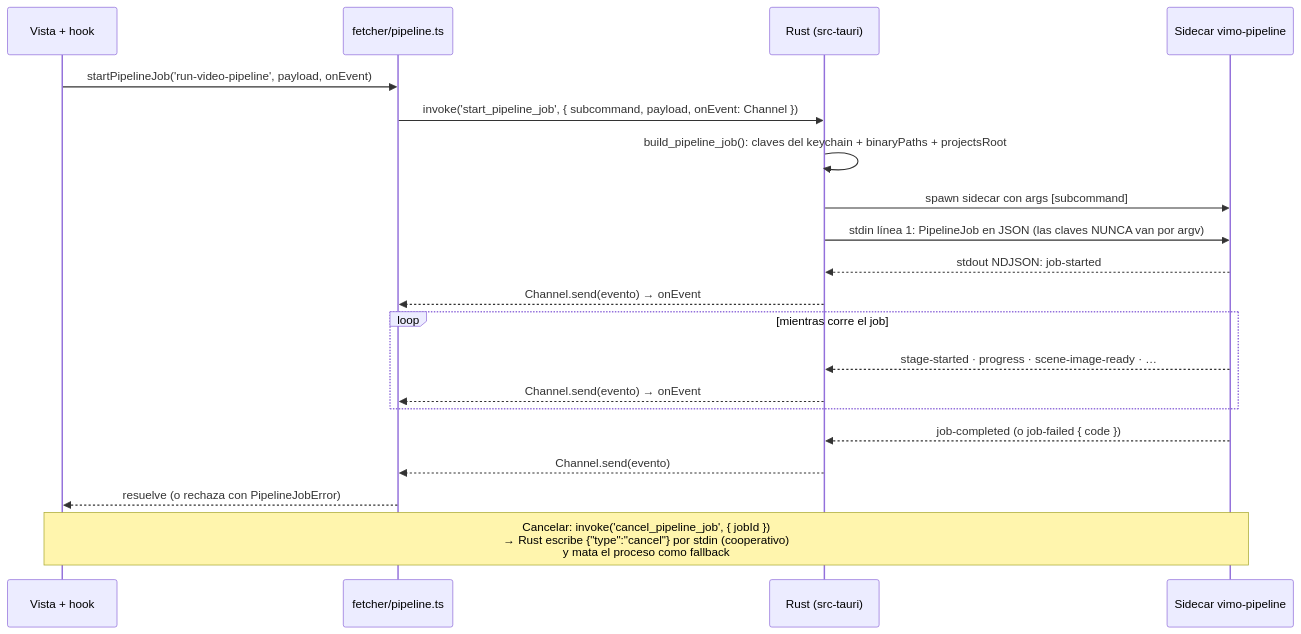
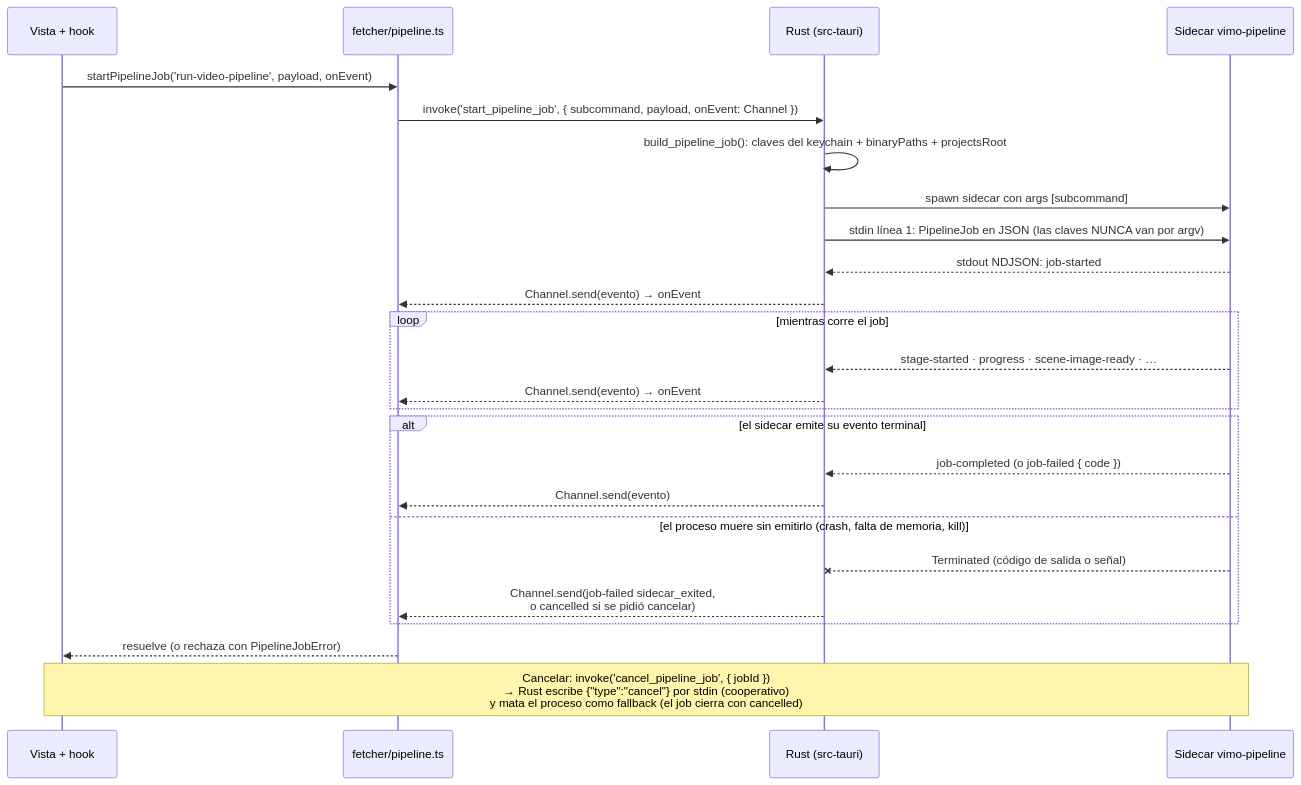
The third of 5 diagrams in docs/diagrams/FRONTEND.md (SCRIPZY-DEV/vimo), drawn with Mermaid before and after one commit. The commit also changed other lines of this file and 16 other files, not shown here.

````diff
--- a/docs/diagrams/FRONTEND.md
+++ b/docs/diagrams/FRONTEND.md
@@ -104,24 +104,29 @@
 ```mermaid
 sequenceDiagram
   participant V as Vista + hook
   participant F as fetcher/pipeline.ts
   participant R as Rust (src-tauri)
   participant S as Sidecar vimo-pipeline
 
   V->>F: startPipelineJob('run-video-pipeline', payload, onEvent)
   F->>R: invoke('start_pipeline_job', { subcommand, payload, onEvent: Channel })
   R->>R: build_pipeline_job(): claves del keychain + binaryPaths + projectsRoot
   R->>S: spawn sidecar con args [subcommand]
   R->>S: stdin línea 1: PipelineJob en JSON (las claves NUNCA van por argv)
   S-->>R: stdout NDJSON: job-started
   R-->>F: Channel.send(evento) → onEvent
   loop mientras corre el job
     S-->>R: stage-started · progress · scene-image-ready · …
     R-->>F: Channel.send(evento) → onEvent
   end
-  S-->>R: job-completed (o job-failed { code })
-  R-->>F: Channel.send(evento)
+  alt el sidecar emite su evento terminal
+    S-->>R: job-completed (o job-failed { code })
+    R-->>F: Channel.send(evento)
+  else el proceso muere sin emitirlo (crash, falta de memoria, kill)
+    S--xR: Terminated (código de salida o señal)
+    R-->>F: Channel.send(job-failed sidecar_exited,<br/>o cancelled si se pidió cancelar)
+  end
   F-->>V: resuelve (o rechaza con PipelineJobError)
 
-  Note over V,S: Cancelar: invoke('cancel_pipeline_job', { jobId })<br/>→ Rust escribe {"type":"cancel"} por stdin (cooperativo)<br/>y mata el proceso como fallback
+  Note over V,S: Cancelar: invoke('cancel_pipeline_job', { jobId })<br/>→ Rust escribe {"type":"cancel"} por stdin (cooperativo)<br/>y mata el proceso como fallback (el job cierra con cancelled)
 ```
````
